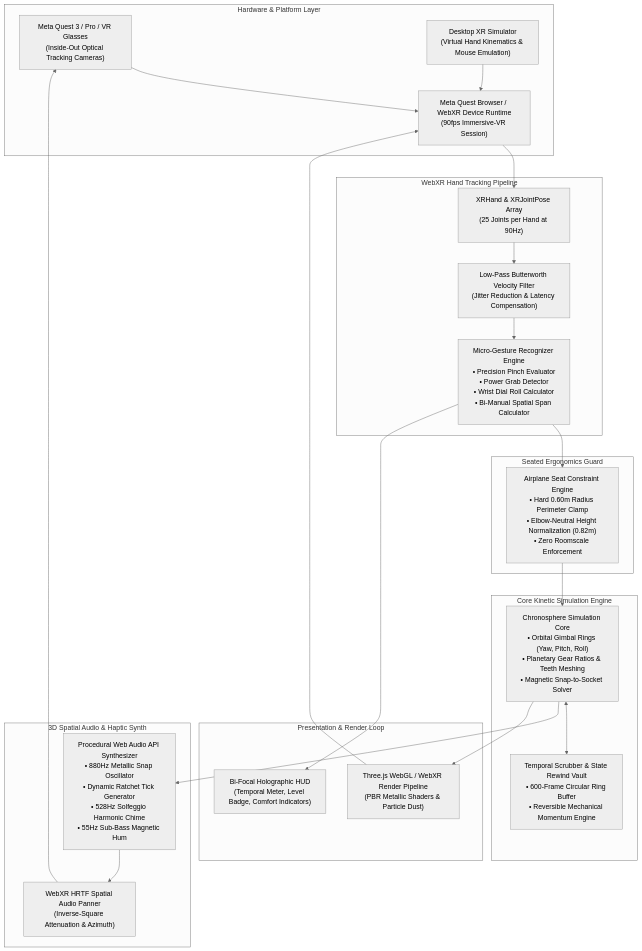
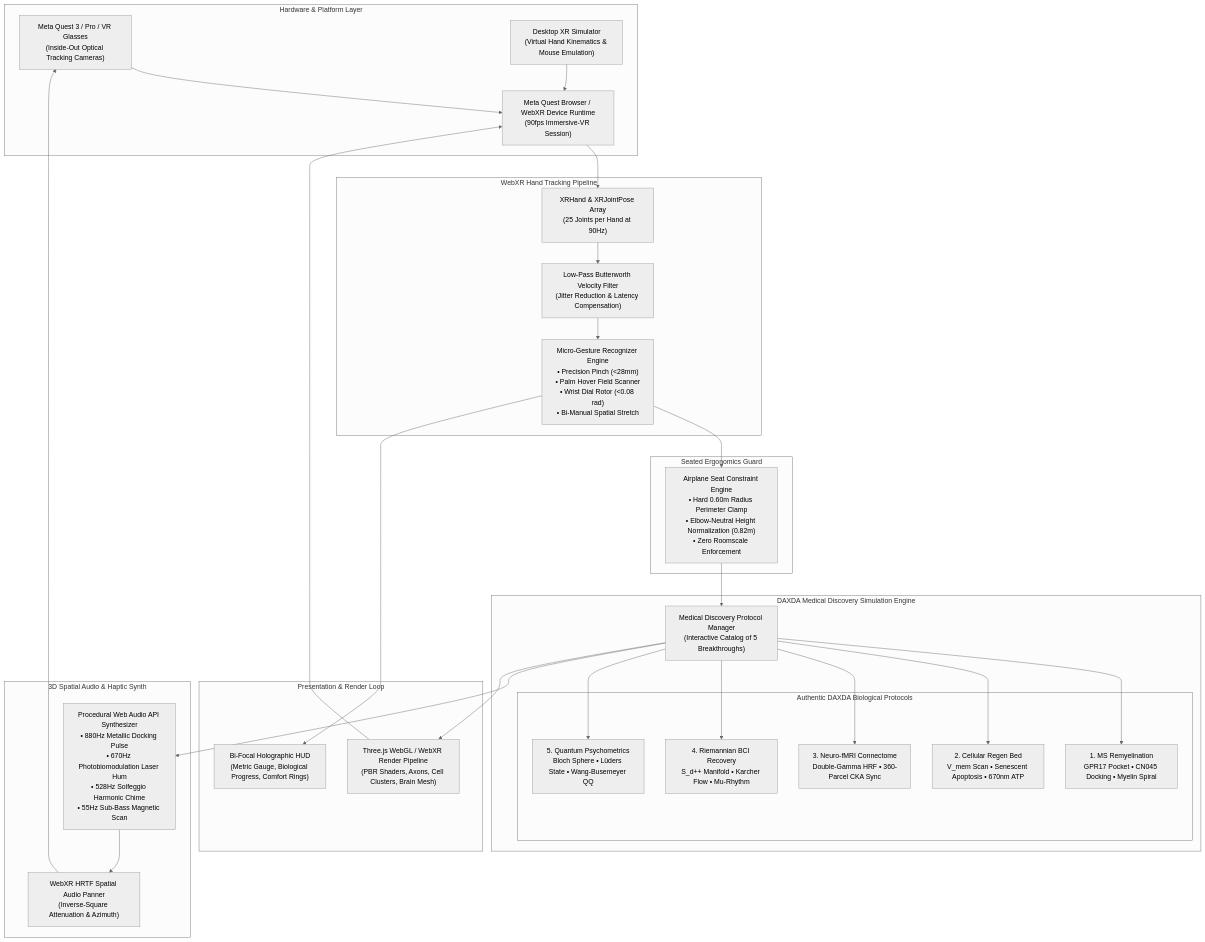
One commit to osmesirius-ship-it/DAXDA-NEXTGEN changed the first of 2 diagrams in daxda-next-gen/meta_vr_start_competition_2026/docs/ARCHITECTURE_DIAGRAM.md. Above: the diagram before and after it, drawn with Mermaid (neutral theme). The commit also changed other lines of this file and 9 other files, not shown here.

Commit message:
feat(meta-vr): add DAXDA BioForge VR hands-first medical discovery synthesizer for Meta VR Start Competition 2026

````diff
--- a/daxda-next-gen/meta_vr_start_competition_2026/docs/ARCHITECTURE_DIAGRAM.md
+++ b/daxda-next-gen/meta_vr_start_competition_2026/docs/ARCHITECTURE_DIAGRAM.md
@@ -13,52 +13,64 @@
 ```mermaid
 graph TB
     subgraph Hardware["Hardware & Platform Layer"]
         MQ["Meta Quest 3 / Pro / VR Glasses<br/>(Inside-Out Optical Tracking Cameras)"]
         BROWSER["Meta Quest Browser / WebXR Device Runtime<br/>(90fps Immersive-VR Session)"]
         SIM["Desktop XR Simulator<br/>(Virtual Hand Kinematics & Mouse Emulation)"]
     end
 
     subgraph HandTracking["WebXR Hand Tracking Pipeline"]
         XR_HAND["XRHand & XRJointPose Array<br/>(25 Joints per Hand at 90Hz)"]
         FILTER["Low-Pass Butterworth Velocity Filter<br/>(Jitter Reduction & Latency Compensation)"]
-        GESTURE["Micro-Gesture Recognizer Engine<br/>• Precision Pinch Evaluator<br/>• Power Grab Detector<br/>• Wrist Dial Roll Calculator<br/>• Bi-Manual Spatial Span Calculator"]
+        GESTURE["Micro-Gesture Recognizer Engine<br/>• Precision Pinch (<28mm)<br/>• Palm Hover Field Scanner<br/>• Wrist Dial Rotor (<0.08 rad)<br/>• Bi-Manual Spatial Stretch"]
     end
 
     subgraph Governance["Seated Ergonomics Guard"]
         SEAT_GUARD["Airplane Seat Constraint Engine<br/>• Hard 0.60m Radius Perimeter Clamp<br/>• Elbow-Neutral Height Normalization (0.82m)<br/>• Zero Roomscale Enforcement"]
     end
 
-    subgraph Simulation["Core Kinetic Simulation Engine"]
-        CHRONO["Chronosphere Simulation Core<br/>• Orbital Gimbal Rings (Yaw, Pitch, Roll)<br/>• Planetary Gear Ratios & Teeth Meshing<br/>• Magnetic Snap-to-Socket Solver"]
-        TIME_SCRUB["Temporal Scrubber & State Rewind Vault<br/>• 600-Frame Circular Ring Buffer<br/>• Reversible Mechanical Momentum Engine"]
+    subgraph MedicalEngine["DAXDA Medical Discovery Simulation Engine"]
+        DISCOVERY_MGR["Medical Discovery Protocol Manager<br/>(Interactive Catalog of 5 Breakthroughs)"]
+        
+        subgraph Protocols["Authentic DAXDA Biological Protocols"]
+            P_MS["1. MS Remyelination<br/>GPR17 Pocket • CN045 Docking • Myelin Spiral"]
+            P_REGEN["2. Cellular Regen Bed<br/>V_mem Scan • Senescent Apoptosis • 670nm ATP"]
+            P_FMRI["3. Neuro-fMRI Connectome<br/>Double-Gamma HRF • 360-Parcel CKA Sync"]
+            P_BCI["4. Riemannian BCI Recovery<br/>S_d++ Manifold • Karcher Flow • Mu-Rhythm"]
+            P_QUANTUM["5. Quantum Psychometrics<br/>Bloch Sphere • Lüders State • Wang-Busemeyer QQ"]
+        end
     end
 
     subgraph AudioEngine["3D Spatial Audio & Haptic Synth"]
-        WEB_AUDIO["Procedural Web Audio API Synthesizer<br/>• 880Hz Metallic Snap Oscillator<br/>• Dynamic Ratchet Tick Generator<br/>• 528Hz Solfeggio Harmonic Chime<br/>• 55Hz Sub-Bass Magnetic Hum"]
+        WEB_AUDIO["Procedural Web Audio API Synthesizer<br/>• 880Hz Metallic Docking Pulse<br/>• 670Hz Photobiomodulation Laser Hum<br/>• 528Hz Solfeggio Harmonic Chime<br/>• 55Hz Sub-Bass Magnetic Scan"]
         PANNER["WebXR HRTF Spatial Audio Panner<br/>(Inverse-Square Attenuation & Azimuth)"]
     end
 
     subgraph Presentation["Presentation & Render Loop"]
-        THREE["Three.js WebGL / WebXR Render Pipeline<br/>(PBR Metallic Shaders & Particle Dust)"]
-        HUD["Bi-Focal Holographic HUD<br/>(Temporal Meter, Level Badge, Comfort Indicators)"]
+        THREE["Three.js WebGL / WebXR Render Pipeline<br/>(PBR Shaders, Axons, Cell Clusters, Brain Mesh)"]
+        HUD["Bi-Focal Holographic HUD<br/>(Metric Gauge, Biological Progress, Comfort Rings)"]
     end
 
     %% Flow Connections
     MQ --> BROWSER
     SIM --> BROWSER
     BROWSER --> XR_HAND
     XR_HAND --> FILTER
     FILTER --> GESTURE
 
     GESTURE --> SEAT_GUARD
-    SEAT_GUARD --> CHRONO
-    CHRONO <--> TIME_SCRUB
+    SEAT_GUARD --> DISCOVERY_MGR
 
-    CHRONO --> WEB_AUDIO
+    DISCOVERY_MGR --> P_MS
+    DISCOVERY_MGR --> P_REGEN
+    DISCOVERY_MGR --> P_FMRI
+    DISCOVERY_MGR --> P_BCI
+    DISCOVERY_MGR --> P_QUANTUM
+
+    DISCOVERY_MGR --> WEB_AUDIO
     WEB_AUDIO --> PANNER
     PANNER --> MQ
 
-    CHRONO --> THREE
+    DISCOVERY_MGR --> THREE
     GESTURE --> HUD
     THREE --> BROWSER
 ```
````
